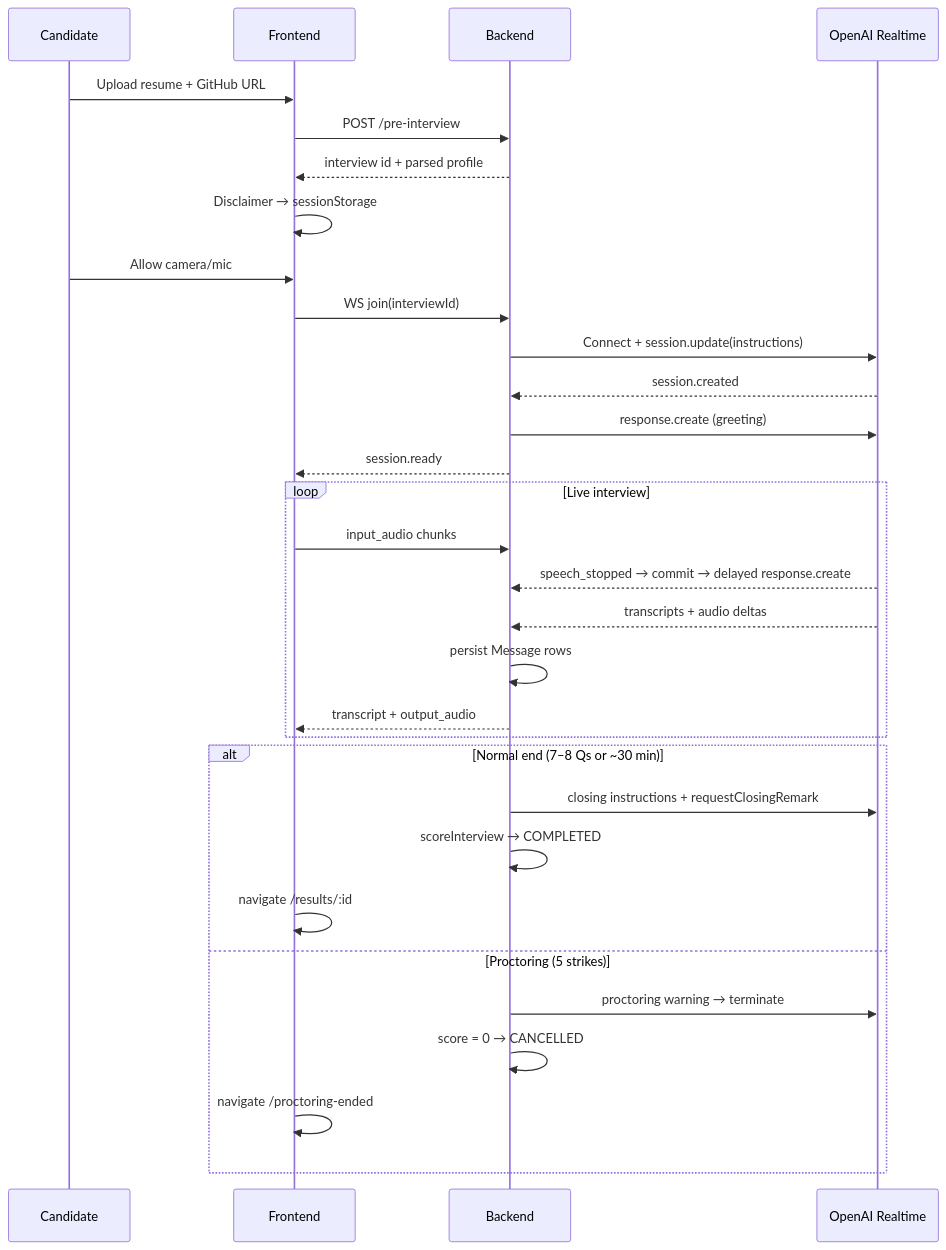
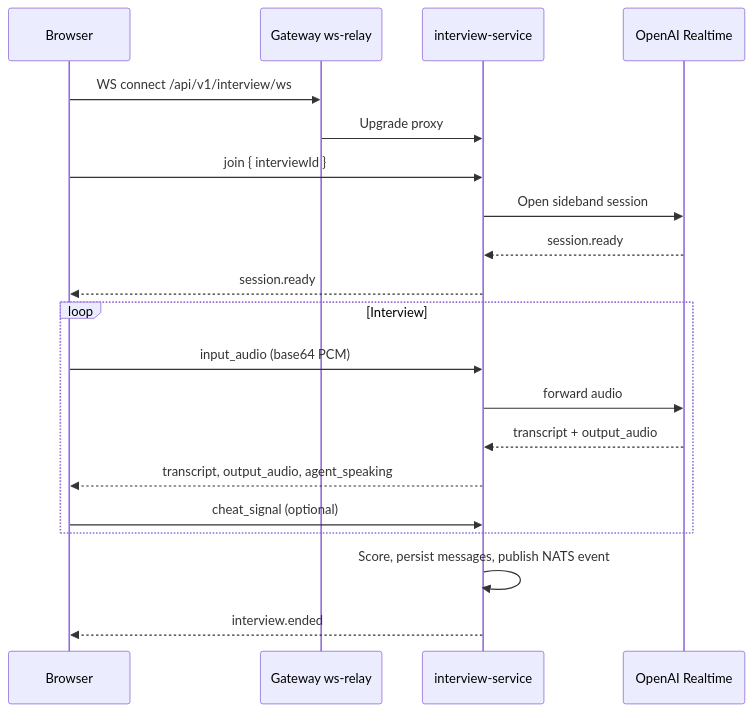
One commit to AnuragK2/ai-interviewer changed the third of 7 diagrams in README.md. Above: the diagram before and after it, drawn with Mermaid. The commit also changed other lines of this file, not shown here.

````diff
--- a/README.md
+++ b/README.md
@@ -303,37 +116,25 @@
 ```mermaid
 sequenceDiagram
-  participant C as Candidate
-  participant F as Frontend
-  participant B as Backend
+  participant B as Browser
+  participant G as Gateway ws-relay
+  participant I as interview-service
   participant O as OpenAI Realtime
 
-  C->>F: Upload resume + GitHub URL
-  F->>B: POST /pre-interview
-  B-->>F: interview id + parsed profile
-  F->>F: Disclaimer → sessionStorage
+  B->>G: WS connect /api/v1/interview/ws
+  G->>I: Upgrade proxy
+  B->>I: join { interviewId }
+  I->>O: Open sideband session
+  O-->>I: session.ready
+  I-->>B: session.ready
 
-  C->>F: Allow camera/mic
-  F->>B: WS join(interviewId)
-  B->>O: Connect + session.update(instructions)
-  O-->>B: session.created
-  B->>O: response.create (greeting)
-  B-->>F: session.ready
-
-  loop Live interview
-    F->>B: input_audio chunks
-    O-->>B: speech_stopped → commit → delayed response.create
-    O-->>B: transcripts + audio deltas
-    B->>B: persist Message rows
-    B-->>F: transcript + output_audio
+  loop Interview
+    B->>I: input_audio (base64 PCM)
+    I->>O: forward audio
+    O-->>I: transcript + output_audio
+    I-->>B: transcript, output_audio, agent_speaking
+    B->>I: cheat_signal (optional)
   end
 
-  alt Normal end (7–8 Qs or ~30 min)
-    B->>O: closing instructions + requestClosingRemark
-    B->>B: scoreInterview → COMPLETED
-    F->>F: navigate /results/:id
-  else Proctoring (5 strikes)
-    B->>O: proctoring warning → terminate
-    B->>B: score = 0 → CANCELLED
-    F->>F: navigate /proctoring-ended
-  end
+  I->>I: Score, persist messages, publish NATS event
+  I-->>B: interview.ended
 ```
````
